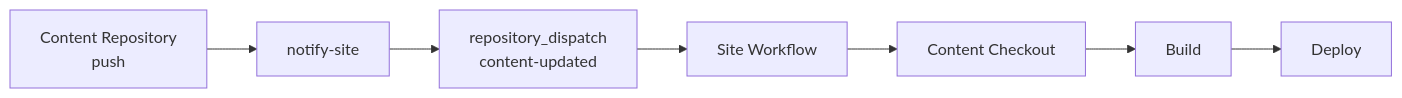
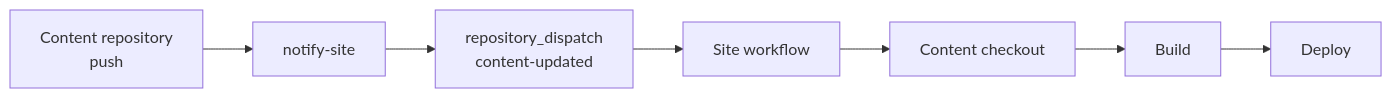
One commit to Rerurate514/riebeckite changed the fifth of 13 diagrams in docs/docs/guides/deployment/separate-content-repository.md. Above: the diagram before and after it, drawn with Mermaid. The commit also changed other lines of this file and 604 other files, not shown here.

````diff
--- a/docs/docs/guides/deployment/separate-content-repository.md
+++ b/docs/docs/guides/deployment/separate-content-repository.md
@@ -607,17 +237,17 @@
-```mermaid id="at7b5m"
+```mermaid
 flowchart LR
-    Push["Content Repository<br/>push"]
+    Push["Content repository<br/>push"]
     Notify["notify-site"]
     Dispatch["repository_dispatch<br/>content-updated"]
-    Workflow["Site Workflow"]
-    Checkout["Content Checkout"]
+    Workflow["Site workflow"]
+    Checkout["Content checkout"]
     Build["Build"]
     Deploy["Deploy"]
 
     Push --> Notify
     Notify --> Dispatch
     Dispatch --> Workflow
     Workflow --> Checkout
     Checkout --> Build
     Build --> Deploy
 ```
````
